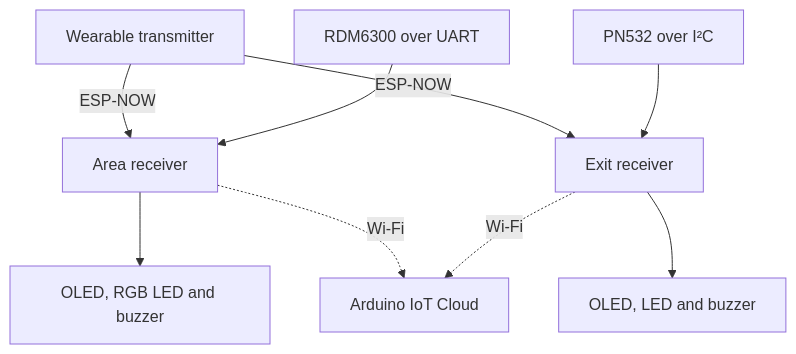
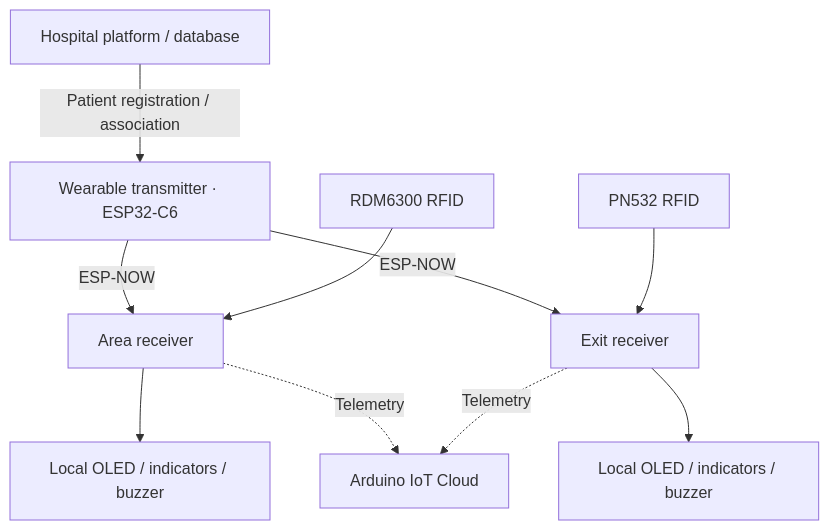
One commit to alx-sousa/Autonomous-IoT-Monitoring changed the diagram in docs/architecture.md. Above: the diagram before and after it, drawn with Mermaid. The commit also changed other lines of this file and 18 other files, not shown here.

Commit message:
docs: replace public firmware source with block-level architecture

````diff
--- a/docs/architecture.md
+++ b/docs/architecture.md
@@ -5,11 +5,12 @@
 ```mermaid
 flowchart TD
-    T["Wearable transmitter"] -->|ESP-NOW| A["Area receiver"]
-    T -->|ESP-NOW| S["Exit receiver"]
-    R["RDM6300 over UART"] --> A
-    P["PN532 over I²C"] --> S
-    A --> O["OLED, RGB LED and buzzer"]
-    S --> E["OLED, LED and buzzer"]
-    A -. Wi-Fi .-> C["Arduino IoT Cloud"]
-    S -. Wi-Fi .-> C
+    H[Hospital platform / database] -->|Patient registration / association| T[Wearable transmitter · ESP32-C6]
+    T -->|ESP-NOW| A[Area receiver]
+    T -->|ESP-NOW| S[Exit receiver]
+    R[RDM6300 RFID] --> A
+    P[PN532 RFID] --> S
+    A --> O[Local OLED / indicators / buzzer]
+    S --> E[Local OLED / indicators / buzzer]
+    A -. Telemetry .-> C[Arduino IoT Cloud]
+    S -. Telemetry .-> C
 ```
````
